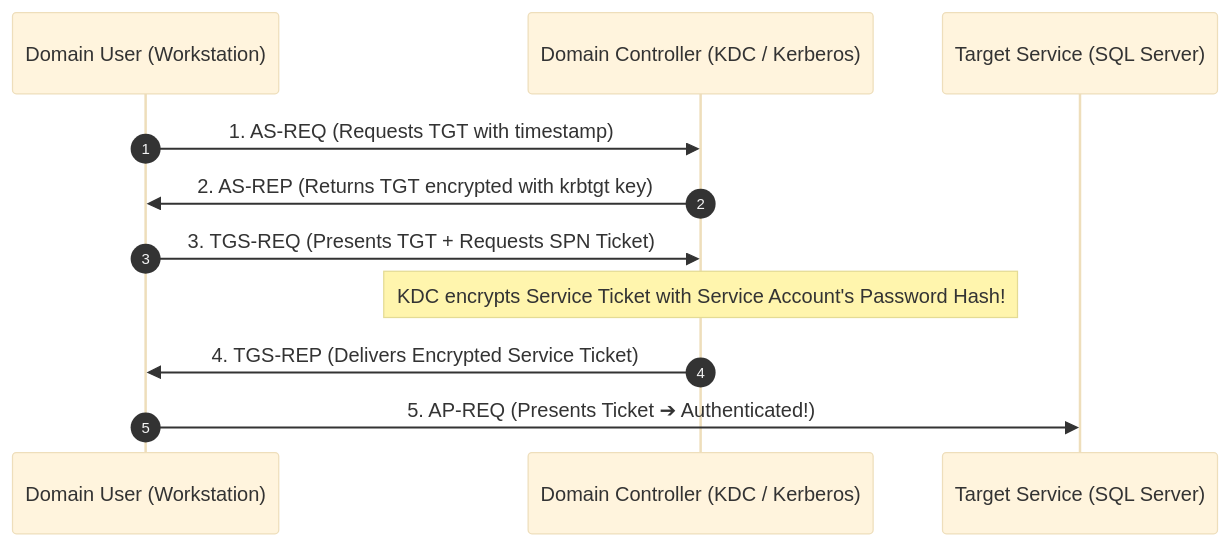
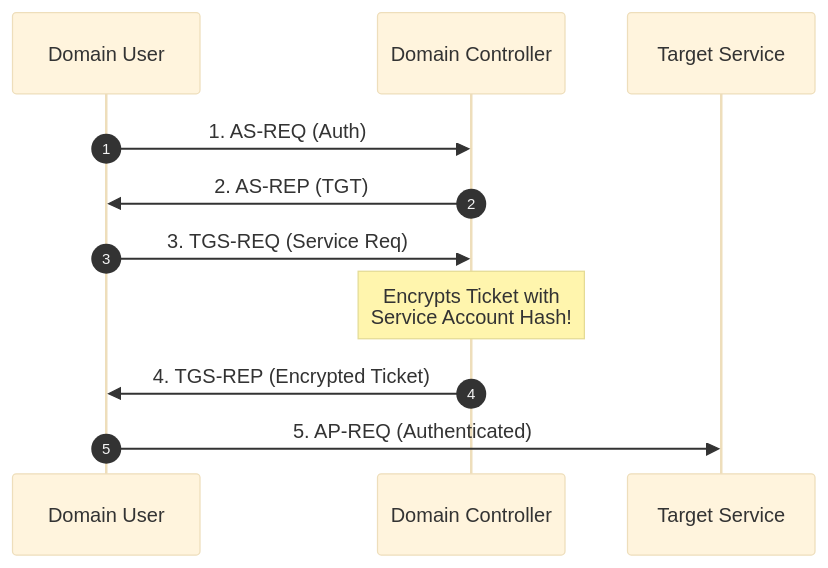
One commit to DaddyZyn/Cyber-security-notes changed the first of 2 diagrams in topics/27-active-directory-kerberos-and-credential-access/README.md. Above: the diagram before and after it, drawn with Mermaid (base theme). The commit also changed other lines of this file and 7 other files, not shown here.

Commit message:
fix: reformat all diagrams in modules 20-27 with ultra-short line wrapping to prevent GitHub SVG text clipping

````diff
--- a/topics/27-active-directory-kerberos-and-credential-access/README.md
+++ b/topics/27-active-directory-kerberos-and-credential-access/README.md
@@ -29,14 +29,14 @@
 ```mermaid
 sequenceDiagram
     autonumber
-    participant User as Domain User (Workstation)
-    participant KDC as Domain Controller (KDC / Kerberos)
-    participant Svc as Target Service (SQL Server)
+    participant User as Domain User
+    participant KDC as Domain Controller
+    participant Svc as Target Service
 
-    User->>KDC: 1. AS-REQ (Requests TGT with timestamp)
-    KDC->>User: 2. AS-REP (Returns TGT encrypted with krbtgt key)
-    User->>KDC: 3. TGS-REQ (Presents TGT + Requests SPN Ticket)
-    Note over KDC: KDC encrypts Service Ticket with Service Account's Password Hash!
-    KDC->>User: 4. TGS-REP (Delivers Encrypted Service Ticket)
-    User->>Svc: 5. AP-REQ (Presents Ticket ➔ Authenticated!)
+    User->>KDC: 1. AS-REQ (Auth)
+    KDC->>User: 2. AS-REP (TGT)
+    User->>KDC: 3. TGS-REQ (Service Req)
+    Note over KDC: Encrypts Ticket with<br/>Service Account Hash!
+    KDC->>User: 4. TGS-REP (Encrypted Ticket)
+    User->>Svc: 5. AP-REQ (Authenticated)
 ```
````
